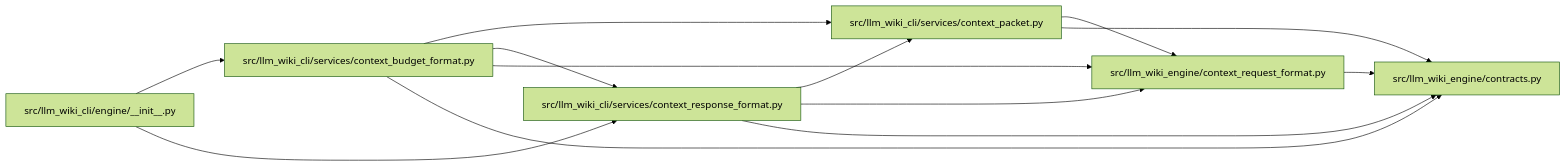
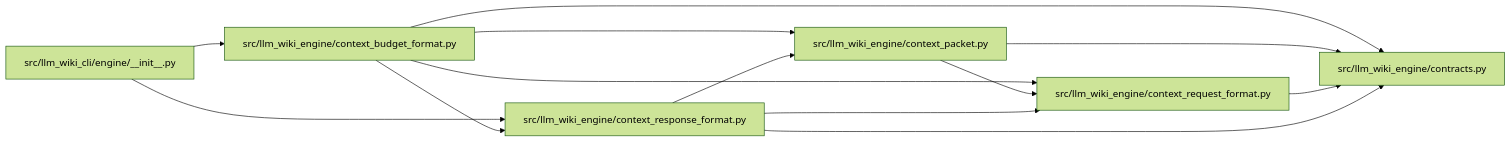
The diagram in docs/llm_wiki/modules/context_budget_format.md (Denissvgn/python-wiki-llm), drawn with Mermaid (forest theme) before and after one commit. The commit also changed other lines of this file and 577 other files, not shown here.

Commit message:
docs: refresh the wiki for the engine context packet

````diff
--- a/docs/llm_wiki/modules/context_budget_format.md
+++ b/docs/llm_wiki/modules/context_budget_format.md
@@ -33,27 +33,27 @@
 ```mermaid
 flowchart LR
     n0["src/llm_wiki_cli/engine/__init__.py"]
-    n1["src/llm_wiki_cli/services/context_budget_format.py"]
-    n2["src/llm_wiki_cli/services/context_packet.py"]
-    n3["src/llm_wiki_cli/services/context_response_format.py"]
-    n4["src/llm_wiki_engine/context_request_format.py"]
+    n1["src/llm_wiki_engine/context_budget_format.py"]
+    n2["src/llm_wiki_engine/context_packet.py"]
+    n3["src/llm_wiki_engine/context_request_format.py"]
+    n4["src/llm_wiki_engine/context_response_format.py"]
     n5["src/llm_wiki_engine/contracts.py"]
     n0 --> n1
-    n0 --> n3
+    n0 --> n4
     n1 --> n2
     n1 --> n3
     n1 --> n4
     n1 --> n5
-    n2 --> n4
+    n2 --> n3
     n2 --> n5
-    n3 --> n2
-    n3 --> n4
     n3 --> n5
+    n4 --> n2
+    n4 --> n3
     n4 --> n5
     click n0 "../modules/engine___init__.md"
     click n1 "../modules/context_budget_format.md"
     click n2 "../modules/context_packet.md"
-    click n3 "../modules/context_response_format.md"
-    click n4 "../modules/context_request_format.md"
+    click n3 "../modules/context_request_format.md"
+    click n4 "../modules/context_response_format.md"
     click n5 "../modules/llm_wiki_engine_contracts.md"
 ```
````
